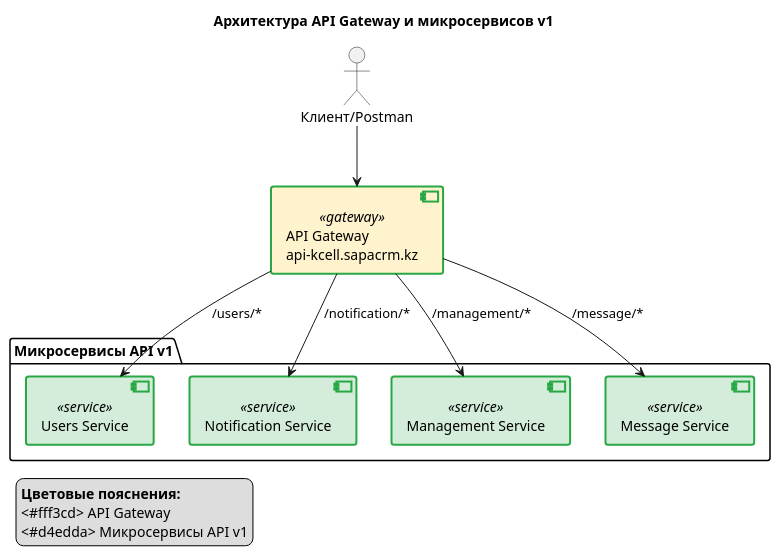
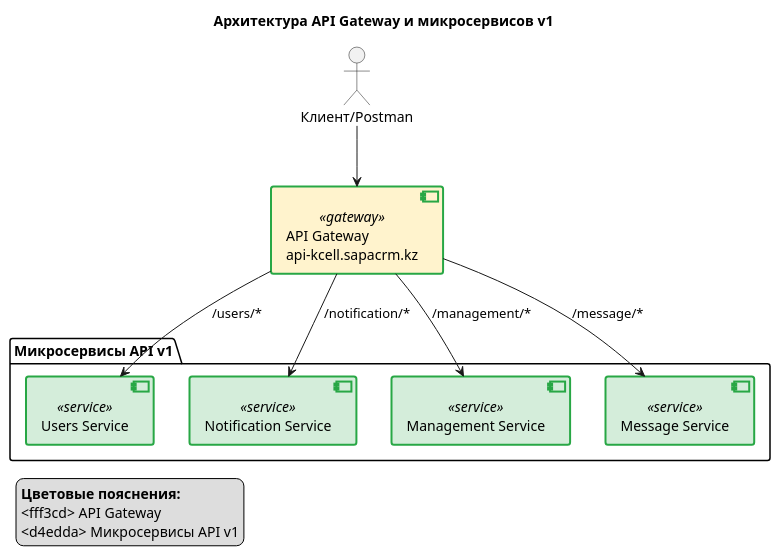
The eighth of 11 diagrams in SapaCRM Kcell описание/v 2.1.3  Full Version Архитектура и устройство SapaCRM (АО «Kcell»).md (styazhkoV/-), drawn with PlantUML before and after one commit. The commit also changed other lines of this file and 53 other files, not shown here.

````diff
--- a/SapaCRM Kcell описание/v 2.1.3  Full Version Архитектура и устройство SapaCRM (АО «Kcell»).md
+++ b/SapaCRM Kcell описание/v 2.1.3  Full Version Архитектура и устройство SapaCRM (АО «Kcell»).md
@@ -596,42 +596,42 @@
 ```plantuml
 @startuml
 title Архитектура API Gateway и микросервисов v1
 
 actor "Клиент/Postman" as User
 
 component "API Gateway\napi-kcell.sapacrm.kz" as GW <<gateway>>
 
 package "Микросервисы API v1" {
     component "Users Service" as US <<service>>
     component "Notification Service" as NS <<service>>
     component "Management Service" as MS <<service>>
     component "Message Service" as MSG <<service>>
 }
 
 User --> GW
 
 GW --> US : /users/*
 GW --> NS : /notification/*
 GW --> MS : /management/*
 GW --> MSG : /message/*
 
 skinparam component {
-  BackgroundColor<<gateway>> #fff3cd
-  BorderColor #856404
+  BackgroundColor<<gateway>> fff3cd
+  BorderColor 856404
   BorderThickness 2
 }
 skinparam component {
-  BackgroundColor<<service>> #d4edda
-  BorderColor #28a745
+  BackgroundColor<<service>> d4edda
+  BorderColor 28a745
   BorderThickness 2
 }
 
 legend left
   <b>Цветовые пояснения:</b>
-  <#fff3cd> API Gateway
-  <#d4edda> Микросервисы API v1
+  <fff3cd> API Gateway
+  <d4edda> Микросервисы API v1
 endlegend
 
 @enduml
 
 ```
````
